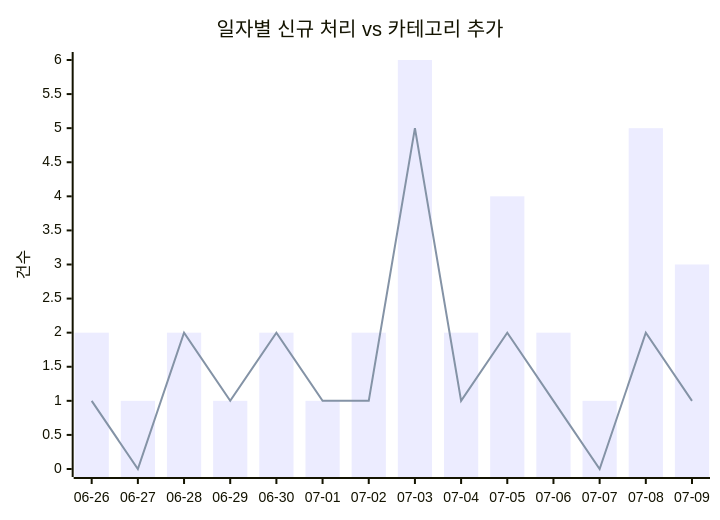
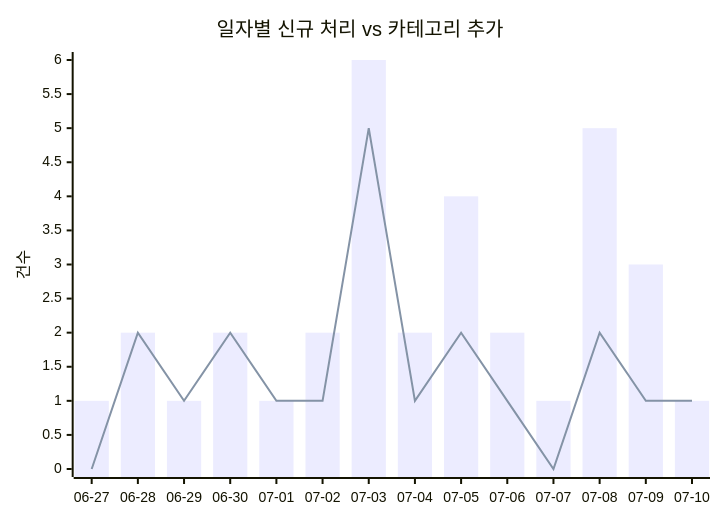
One commit to J-nowcow/awesome-korean-agent-skills changed the first of 2 diagrams in docs/trends.md. Above: the diagram before and after it, drawn with Mermaid. The commit also changed other lines of this file and 3 other files, not shown here.

````diff
--- a/docs/trends.md
+++ b/docs/trends.md
@@ -32,8 +32,8 @@
 ```mermaid
 xychart-beta
     title "일자별 신규 처리 vs 카테고리 추가"
-    x-axis ["06-26","06-27","06-28","06-29","06-30","07-01","07-02","07-03","07-04","07-05","07-06","07-07","07-08","07-09"]
+    x-axis ["06-27","06-28","06-29","06-30","07-01","07-02","07-03","07-04","07-05","07-06","07-07","07-08","07-09","07-10"]
     y-axis "건수"
-    bar [2,1,2,1,2,1,2,6,2,4,2,1,5,3]
-    line [1,0,2,1,2,1,1,5,1,2,1,0,2,1]
+    bar [1,2,1,2,1,2,6,2,4,2,1,5,3,1]
+    line [0,2,1,2,1,1,5,1,2,1,0,2,1,1]
 ```
````
